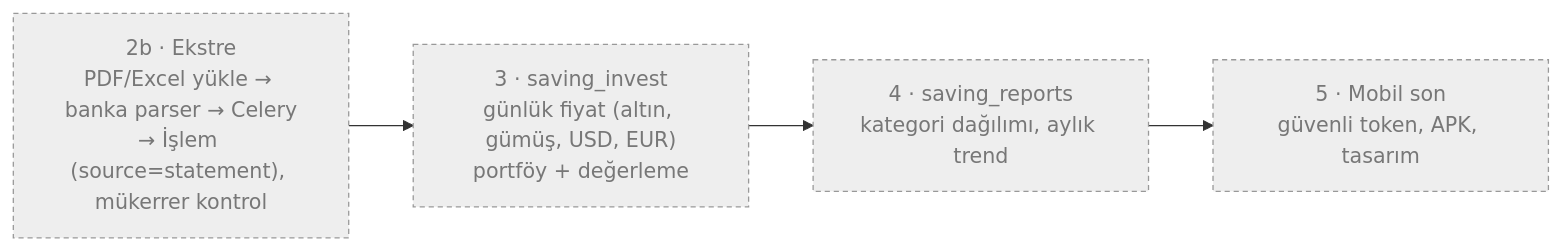
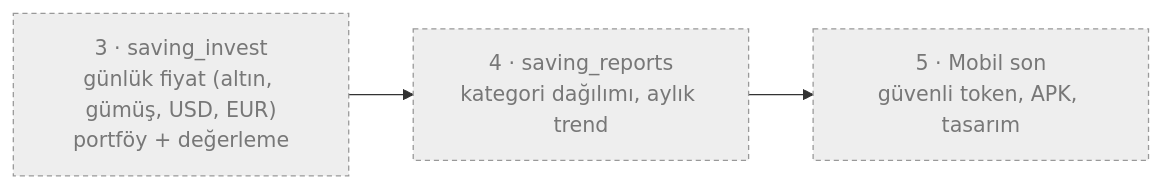
The ninth of 9 diagrams in docs/FLOW.md (anilcelik0/saving), drawn with Mermaid before and after one commit. The commit also changed other lines of this file and 30 other files, not shown here.

````diff
--- a/docs/FLOW.md
+++ b/docs/FLOW.md
@@ -207,9 +251,8 @@
 ```mermaid
 flowchart LR
-    F2B["2b · Ekstre<br/>PDF/Excel yükle → banka parser → Celery<br/>→ İşlem (source=statement), mükerrer kontrol"]:::todo
     F3["3 · saving_invest<br/>günlük fiyat (altın, gümüş, USD, EUR)<br/>portföy + değerleme"]:::todo
     F4["4 · saving_reports<br/>kategori dağılımı, aylık trend"]:::todo
     F5["5 · Mobil son<br/>güvenli token, APK, tasarım"]:::todo
-    F2B --> F3 --> F4 --> F5
+    F3 --> F4 --> F5
     classDef todo fill:#eee,stroke:#999,stroke-dasharray:4 3,color:#777
 ```
````
